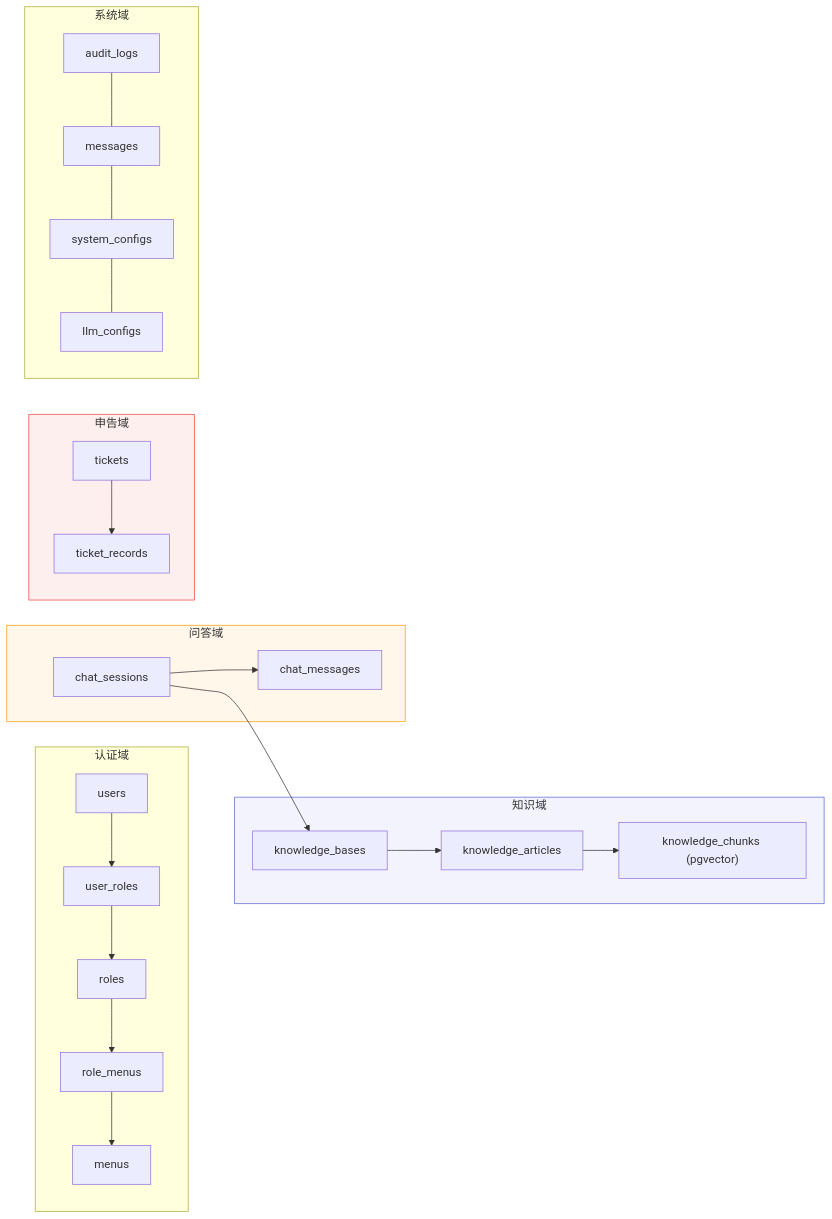
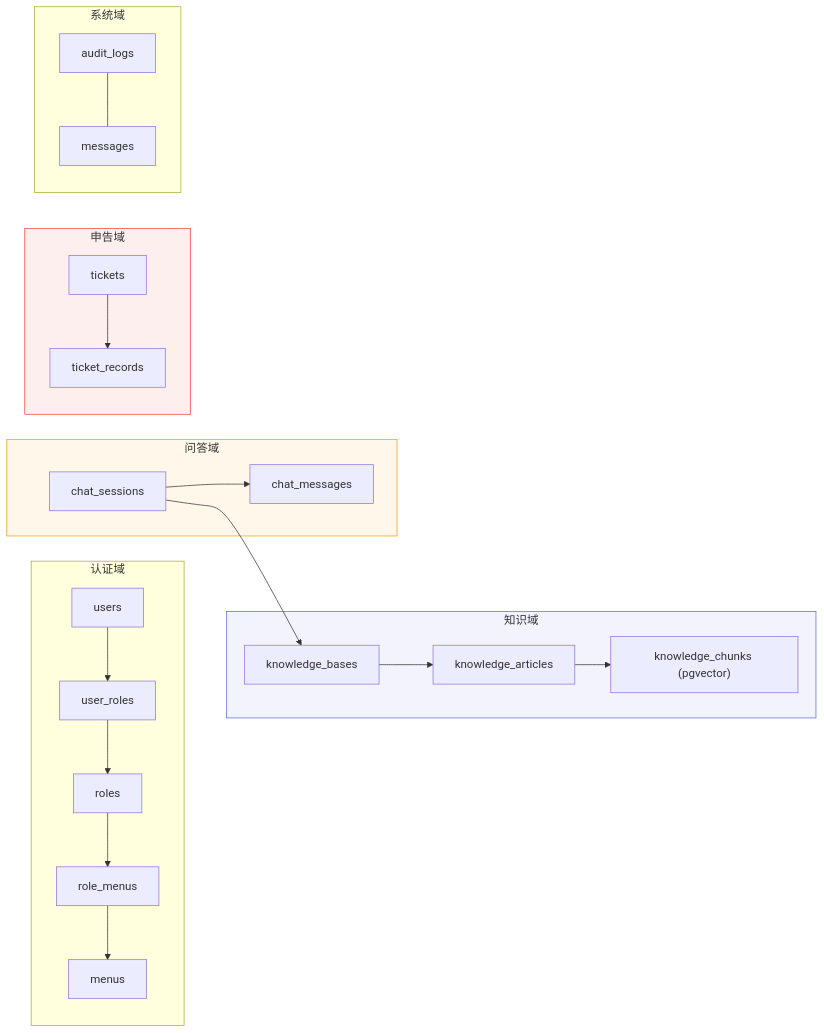
The ninth of 11 diagrams in docs/TECH.md (int2t05/Cognik), drawn with Mermaid before and after one commit. The commit also changed other lines of this file and 33 other files, not shown here.

````diff
--- a/docs/TECH.md
+++ b/docs/TECH.md
@@ -341,23 +341,23 @@
 ```mermaid
 flowchart LR
     subgraph Auth["认证域"]
         U["users"] --> UR["user_roles"] --> R["roles"] --> RM["role_menus"] --> M["menus"]
     end
     subgraph Knowledge["知识域"]
         KB["knowledge_bases"] --> A["knowledge_articles"] --> KC["knowledge_chunks (pgvector)"]
     end
     subgraph Chat["问答域"]
         CS["chat_sessions"] --> CM["chat_messages"]
         CS --> KB
     end
     subgraph Ticket["申告域"]
         T["tickets"] --> TR["ticket_records"]
     end
     subgraph System["系统域"]
-        AL["audit_logs"] --- MSG["messages"] --- SC["system_configs"] --- LC["llm_configs"]
+        AL["audit_logs"] --- MSG["messages"]
     end
 
     style Knowledge fill:#5e6ad215,stroke:#5e6ad2
     style Chat fill:#f59e0b15,stroke:#f59e0b
     style Ticket fill:#ef444415,stroke:#ef4444
 ```
````
